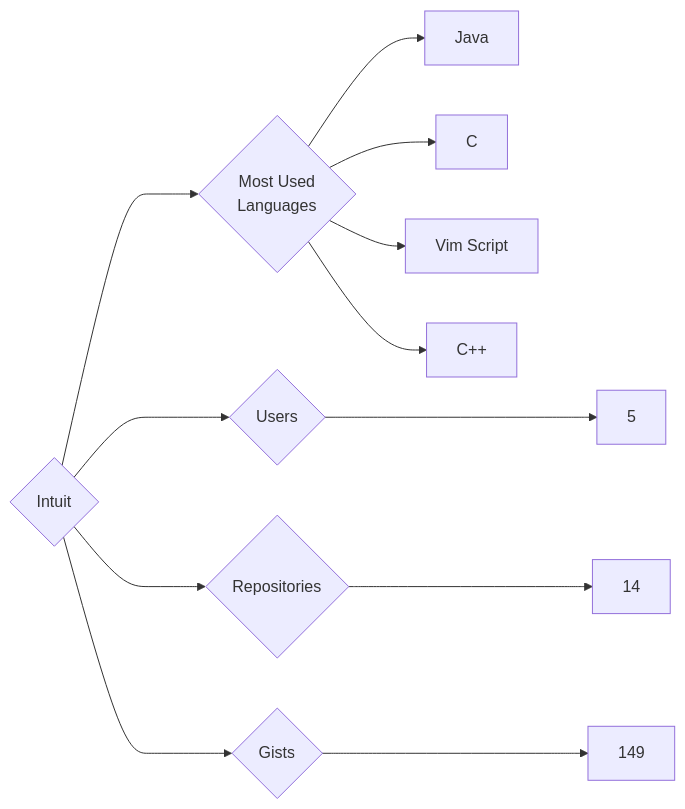
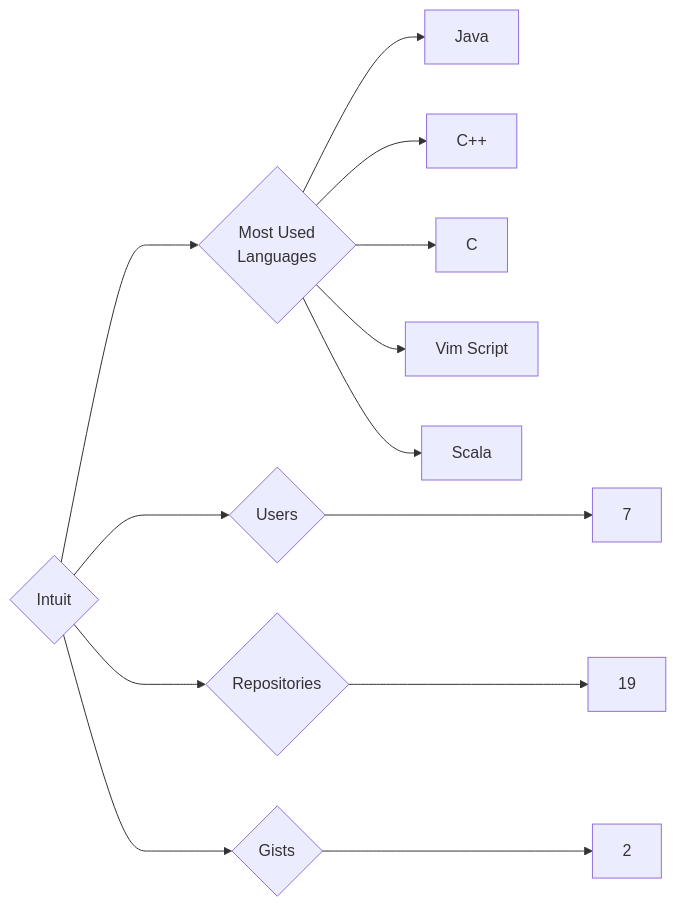
The diagram in targets/Intuit/README.md (trickest/insiders), drawn with Mermaid before and after one commit. The commit also changed 1088 other files, not shown here.

````diff
--- a/targets/Intuit/README.md
+++ b/targets/Intuit/README.md
@@ -3,12 +3,13 @@
 ```mermaid
 graph LR
 COMPANY_NAME{Intuit}
-COMPANY_NAME ---> U{Users} ---> UN[5]
-COMPANY_NAME ---> R{Repositories} ---> RN[14]
-COMPANY_NAME ---> G{Gists} ---> GN[149]
+COMPANY_NAME ---> U{Users} ---> UN[7]
+COMPANY_NAME ---> R{Repositories} ---> RN[19]
+COMPANY_NAME ---> G{Gists} ---> GN[2]
 COMPANY_NAME ---> ML{Most Used<br>Languages}
 ML --> Java[Java]
+ML --> C++[C++]
 ML --> C[C]
 ML --> Vim_Script[Vim Script]
-ML --> C++[C++]
+ML --> Scala[Scala]
 ```
````
